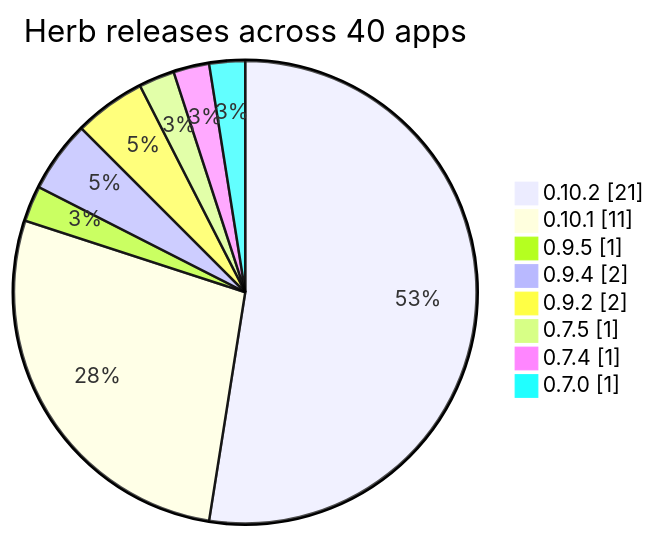
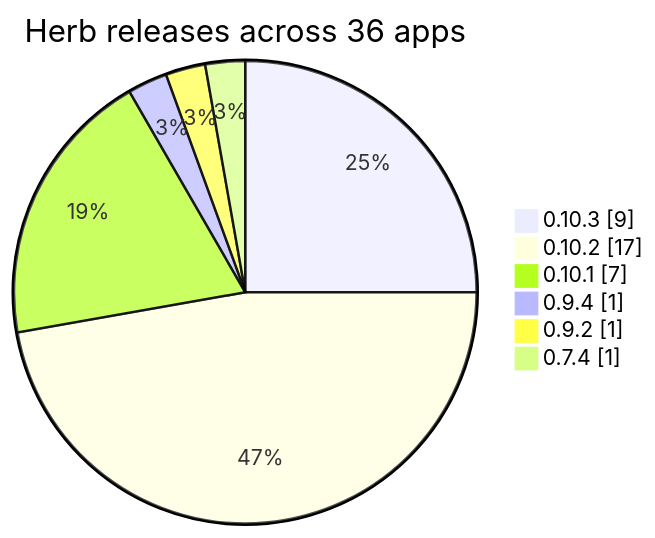
One commit to marcoroth/herb-corpus changed the second of 2 diagrams in README.md. Above: the diagram before and after it, drawn with Mermaid. The commit also changed other lines of this file and 1187 other files, not shown here.

````diff
--- a/README.md
+++ b/README.md
@@ -428,12 +412,10 @@
 ```mermaid
 pie showData
-  title Herb releases across 40 apps
-  "0.10.2" : 21
-  "0.10.1" : 11
-  "0.9.5" : 1
-  "0.9.4" : 2
-  "0.9.2" : 2
-  "0.7.5" : 1
+  title Herb releases across 36 apps
+  "0.10.3" : 9
+  "0.10.2" : 17
+  "0.10.1" : 7
+  "0.9.4" : 1
+  "0.9.2" : 1
   "0.7.4" : 1
-  "0.7.0" : 1
 ```
````
